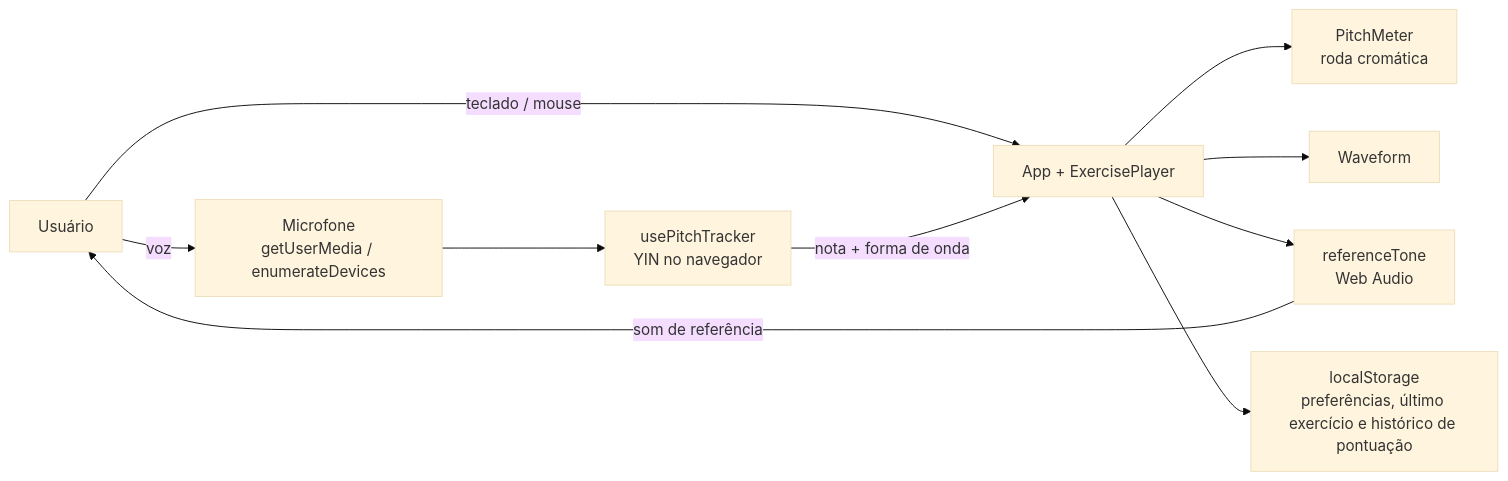
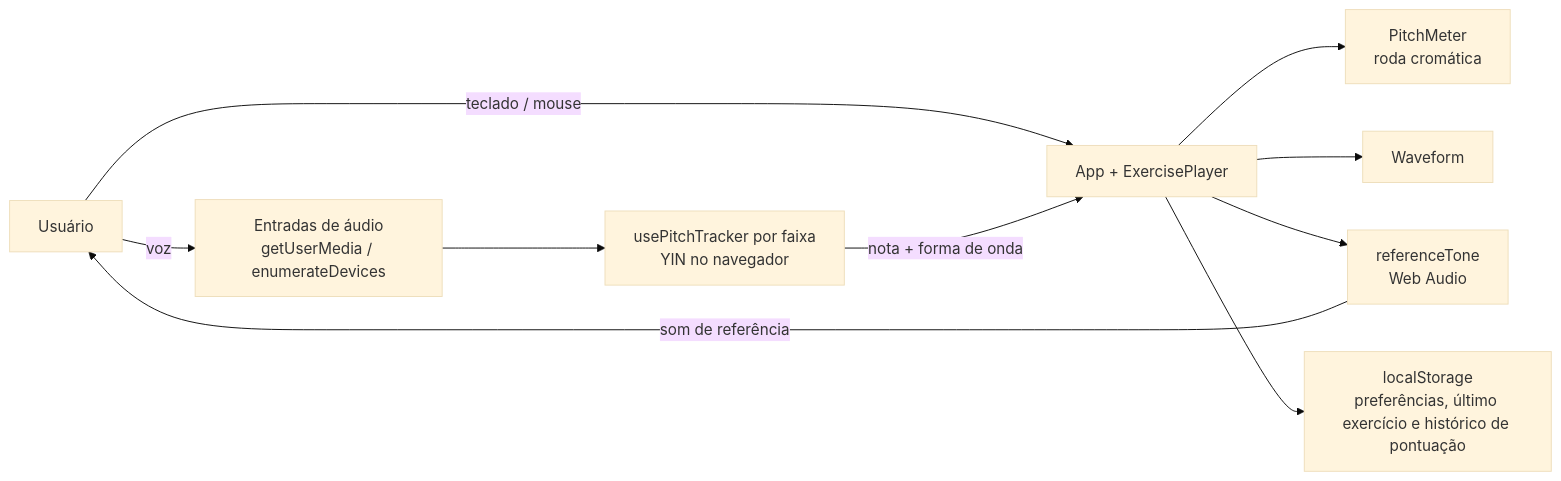
The first of 2 diagrams in README.md (marcelofmatos/singer-trainer), drawn with Mermaid (base theme) before and after one commit. The commit also changed other lines of this file and 7 other files, not shown here.

````diff
--- a/README.md
+++ b/README.md
@@ -84,12 +85,12 @@
 ```mermaid
 flowchart LR
-  User["Usuário"] -->|voz| Mic["Microfone<br/>getUserMedia / enumerateDevices"]
+  User["Usuário"] -->|voz| Mic["Entradas de áudio<br/>getUserMedia / enumerateDevices"]
   User -->|teclado / mouse| UI["App + ExercisePlayer"]
-  Mic --> Tracker["usePitchTracker<br/>YIN no navegador"]
+  Mic --> Tracker["usePitchTracker por faixa<br/>YIN no navegador"]
   Tracker -->|nota + forma de onda| UI
   UI --> Wheel["PitchMeter<br/>roda cromática"]
   UI --> Wave["Waveform"]
   UI --> Tone["referenceTone<br/>Web Audio"]
   Tone -->|som de referência| User
   UI --> Prefs["localStorage<br/>preferências, último exercício e histórico de pontuação"]
 ```
````
